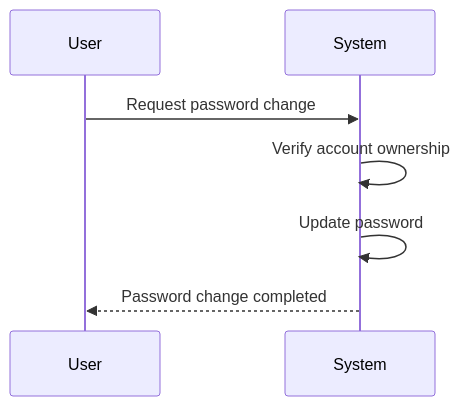
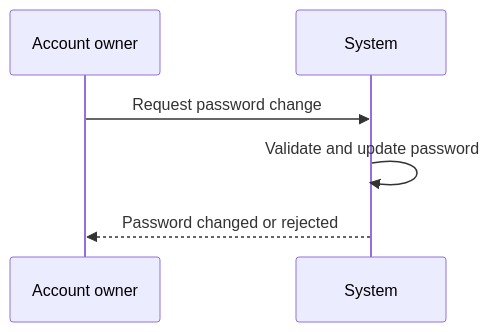
Before and after one commit to wrtnlabs/autobe-examples: diagram 17 of 17 in openai/gpt-5.4-mini/shopping/docs/analysis/01-actors-and-auth.md, drawn with Mermaid. The commit also changed other lines of this file and 9017 other files, not shown here.

````diff
--- a/openai/gpt-5.4-mini/shopping/docs/analysis/01-actors-and-auth.md
+++ b/openai/gpt-5.4-mini/shopping/docs/analysis/01-actors-and-auth.md
@@ -249,9 +387,8 @@
 ```mermaid
 sequenceDiagram
-    participant U as User
+    participant U as Account owner
     participant S as System
     U->>S: Request password change
-    S->>S: Verify account ownership
-    S->>S: Update password
-    S-->>U: Password change completed
+    S->>S: Validate and update password
+    S-->>U: Password changed or rejected
 ```
````
